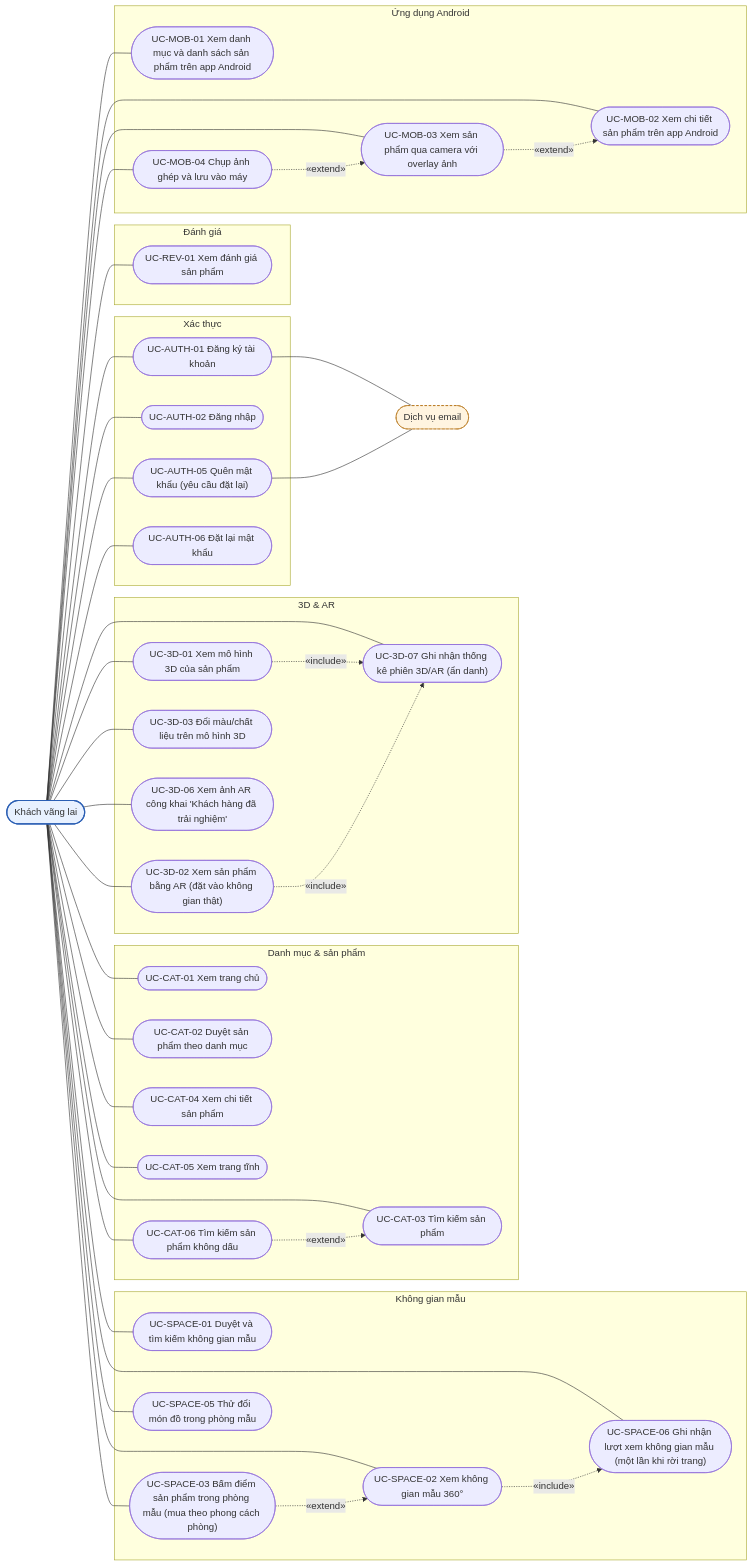
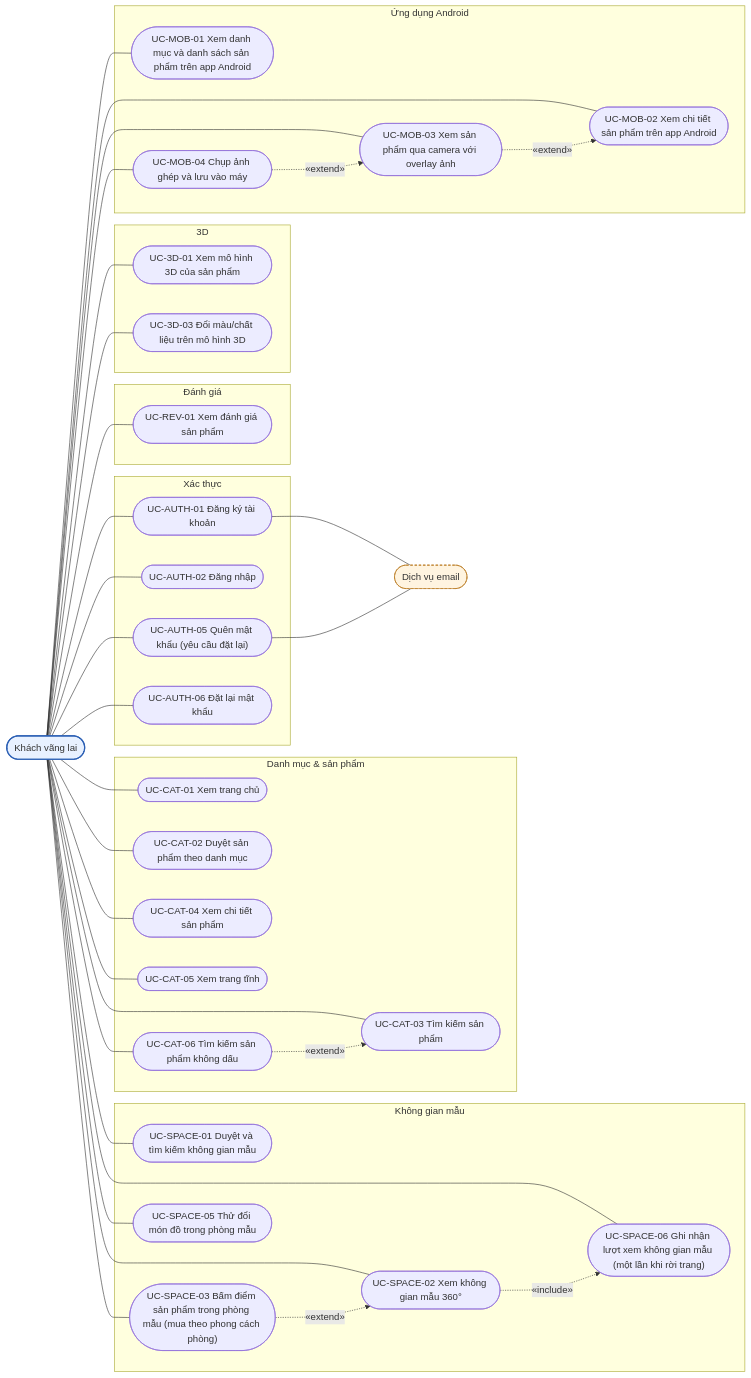
Before and after one commit to 2431540234-arch/XDUDTMDT: the second of 13 diagrams in docs/DAC_TA_CHUC_NANG_THEO_VAI_TRO.md, drawn with Mermaid. The commit also changed other lines of this file and 30 other files, not shown here.

First line of the commit message:
docs: cap nhat DAC_TA, DECISIONS, schema va tai lieu chuan theo quyet dinh moi

````diff
--- a/docs/DAC_TA_CHUC_NANG_THEO_VAI_TRO.md
+++ b/docs/DAC_TA_CHUC_NANG_THEO_VAI_TRO.md
@@ -331,78 +344,70 @@
 ```mermaid
 flowchart LR
     K(["Khách vãng lai"]):::actor
     EM(["Dịch vụ email"]):::ext
     subgraph SG_AUTH["Xác thực"]
         UC_AUTH_01(["UC-AUTH-01 Đăng ký tài khoản"])
         UC_AUTH_02(["UC-AUTH-02 Đăng nhập"])
         UC_AUTH_05(["UC-AUTH-05 Quên mật khẩu (yêu cầu đặt lại)"])
         UC_AUTH_06(["UC-AUTH-06 Đặt lại mật khẩu"])
     end
     subgraph SG_CAT["Danh mục & sản phẩm"]
         UC_CAT_01(["UC-CAT-01 Xem trang chủ"])
         UC_CAT_02(["UC-CAT-02 Duyệt sản phẩm theo danh mục"])
         UC_CAT_03(["UC-CAT-03 Tìm kiếm sản phẩm"])
         UC_CAT_04(["UC-CAT-04 Xem chi tiết sản phẩm"])
         UC_CAT_05(["UC-CAT-05 Xem trang tĩnh"])
         UC_CAT_06(["UC-CAT-06 Tìm kiếm sản phẩm không dấu"])
     end
     subgraph SG_REV["Đánh giá"]
         UC_REV_01(["UC-REV-01 Xem đánh giá sản phẩm"])
     end
-    subgraph SG_D3["3D & AR"]
+    subgraph SG_D3["3D"]
         UC_3D_01(["UC-3D-01 Xem mô hình 3D của sản phẩm"])
-        UC_3D_02(["UC-3D-02 Xem sản phẩm bằng AR (đặt vào không gian thật)"])
         UC_3D_03(["UC-3D-03 Đổi màu/chất liệu trên mô hình 3D"])
-        UC_3D_06(["UC-3D-06 Xem ảnh AR công khai 'Khách hàng đã trải nghiệm'"])
-        UC_3D_07(["UC-3D-07 Ghi nhận thống kê phiên 3D/AR (ẩn danh)"])
     end
     subgraph SG_SPACE["Không gian mẫu"]
         UC_SPACE_01(["UC-SPACE-01 Duyệt và tìm kiếm không gian mẫu"])
         UC_SPACE_02(["UC-SPACE-02 Xem không gian mẫu 360°"])
         UC_SPACE_03(["UC-SPACE-03 Bấm điểm sản phẩm trong phòng mẫu (mua theo phong cách phòng)"])
         UC_SPACE_05(["UC-SPACE-05 Thử đổi món đồ trong phòng mẫu"])
         UC_SPACE_06(["UC-SPACE-06 Ghi nhận lượt xem không gian mẫu (một lần khi rời trang)"])
     end
     subgraph SG_MOB["Ứng dụng Android"]
         UC_MOB_01(["UC-MOB-01 Xem danh mục và danh sách sản phẩm trên app Android"])
         UC_MOB_02(["UC-MOB-02 Xem chi tiết sản phẩm trên app Android"])
         UC_MOB_03(["UC-MOB-03 Xem sản phẩm qua camera với overlay ảnh"])
         UC_MOB_04(["UC-MOB-04 Chụp ảnh ghép và lưu vào máy"])
     end
     K --- UC_AUTH_01
     K --- UC_AUTH_02
     K --- UC_AUTH_05
     K --- UC_AUTH_06
     K --- UC_CAT_01
     K --- UC_CAT_02
     K --- UC_CAT_03
     K --- UC_CAT_04
     K --- UC_CAT_05
     K --- UC_CAT_06
     K --- UC_REV_01
     K --- UC_3D_01
-    K --- UC_3D_02
     K --- UC_3D_03
-    K --- UC_3D_06
-    K --- UC_3D_07
     K --- UC_SPACE_01
     K --- UC_SPACE_02
     K --- UC_SPACE_03
     K --- UC_SPACE_05
     K --- UC_SPACE_06
     K --- UC_MOB_01
     K --- UC_MOB_02
     K --- UC_MOB_03
     K --- UC_MOB_04
     UC_AUTH_01 --- EM
     UC_AUTH_05 --- EM
     UC_CAT_06 -. "«extend»" .-> UC_CAT_03
-    UC_3D_01 -. "«include»" .-> UC_3D_07
-    UC_3D_02 -. "«include»" .-> UC_3D_07
     UC_SPACE_02 -. "«include»" .-> UC_SPACE_06
     UC_SPACE_03 -. "«extend»" .-> UC_SPACE_02
     UC_MOB_03 -. "«extend»" .-> UC_MOB_02
     UC_MOB_04 -. "«extend»" .-> UC_MOB_03
     classDef actor fill:#e8f1ff,stroke:#2b5fb4,stroke-width:2px
     classDef ext fill:#fff4e0,stroke:#b8761a,stroke-dasharray: 4 3
 ```
````
